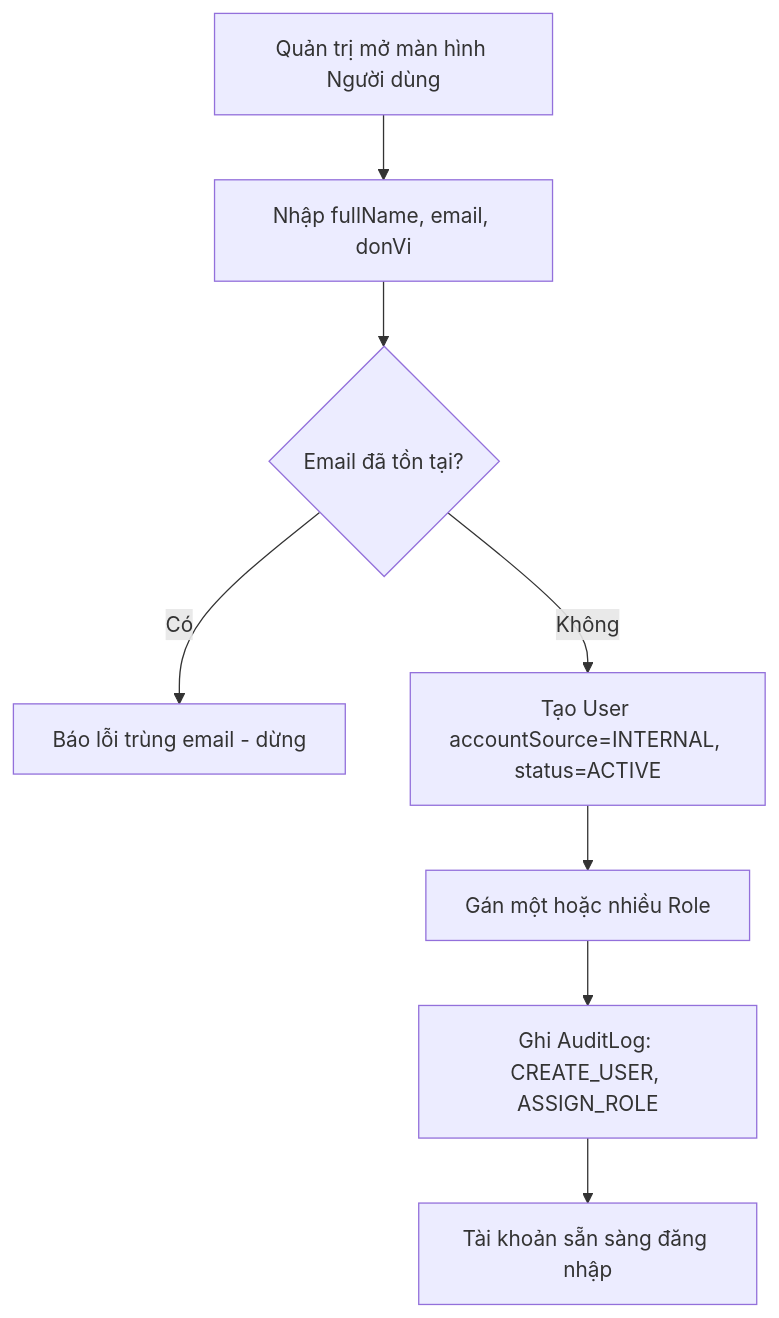
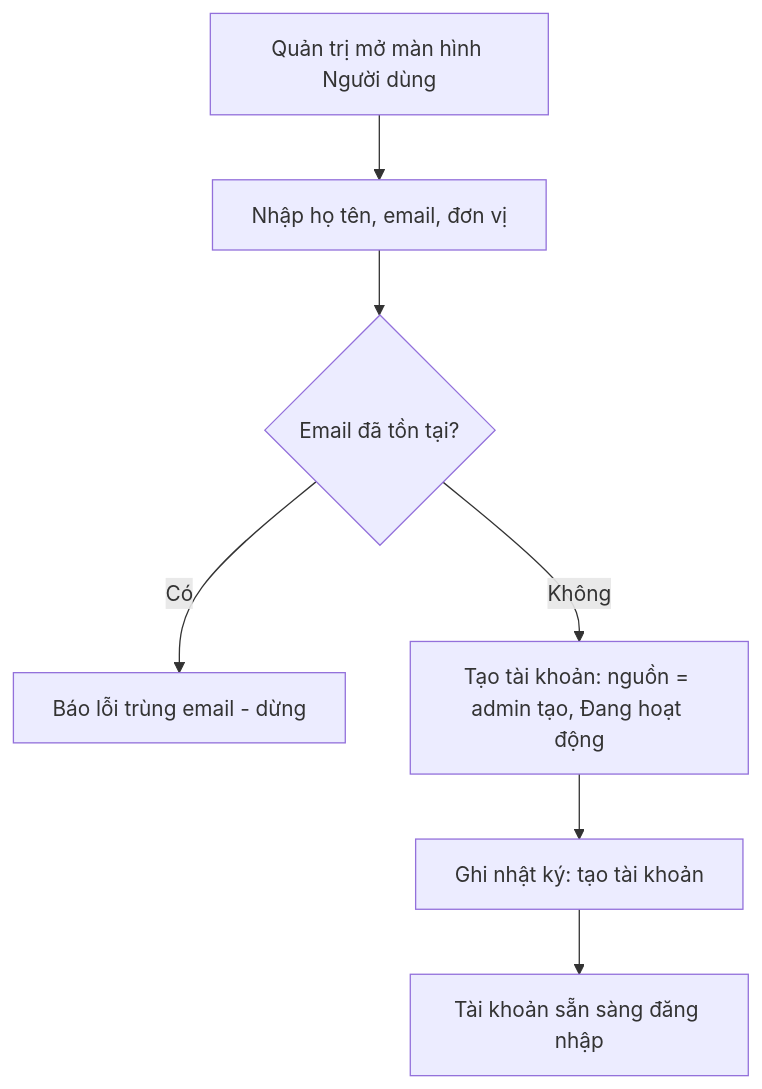
The first of 5 diagrams in docs/features/B03-quan-ly-nguoi-dung/spec.md (PTZero2026/rms-docs), drawn with Mermaid before and after one commit. The commit also changed other lines of this file and 13 other files, not shown here.

Commit message:
Tách các file đã chỉnh sửa thành 2 commit riêng biệt: một commit cho phần "Quản lý người dùng" và một commit cho phần "Đề xuất đề tài". Điều này giúp làm rõ lịch sử commit và dễ dàng theo dõi các thay đổi liên quan đến từng tính năng cụ thể.

````diff
--- a/docs/features/B03-quan-ly-nguoi-dung/spec.md
+++ b/docs/features/B03-quan-ly-nguoi-dung/spec.md
@@ -55,10 +70,9 @@
 ```mermaid
 flowchart TD
-    A[Quản trị mở màn hình Người dùng] --> B[Nhập fullName, email, donVi]
+    A[Quản trị mở màn hình Người dùng] --> B[Nhập họ tên, email, đơn vị]
     B --> C{Email đã tồn tại?}
     C -->|Có| C1[Báo lỗi trùng email - dừng]
-    C -->|Không| D[Tạo User accountSource=INTERNAL, status=ACTIVE]
-    D --> E[Gán một hoặc nhiều Role]
-    E --> F[Ghi AuditLog: CREATE_USER, ASSIGN_ROLE]
-    F --> G[Tài khoản sẵn sàng đăng nhập]
+    C -->|Không| D[Tạo tài khoản: nguồn = admin tạo, Đang hoạt động]
+    D --> E[Ghi nhật ký: tạo tài khoản]
+    E --> F[Tài khoản sẵn sàng đăng nhập]
 ```
````
